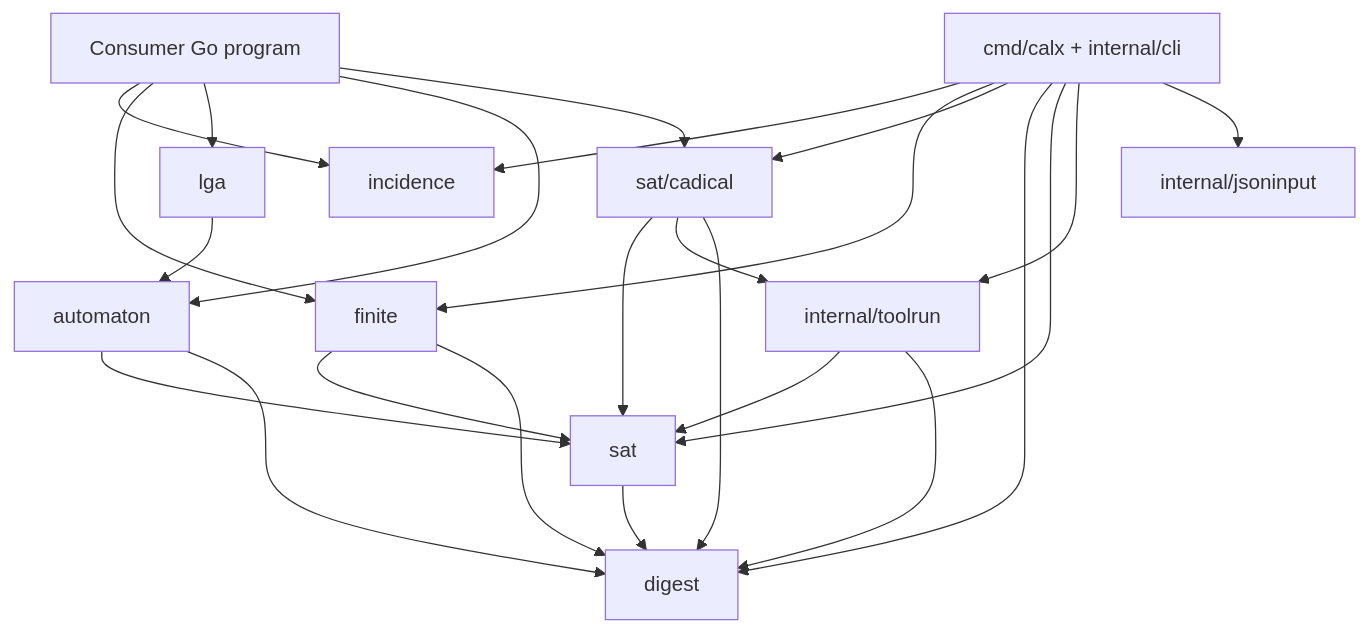
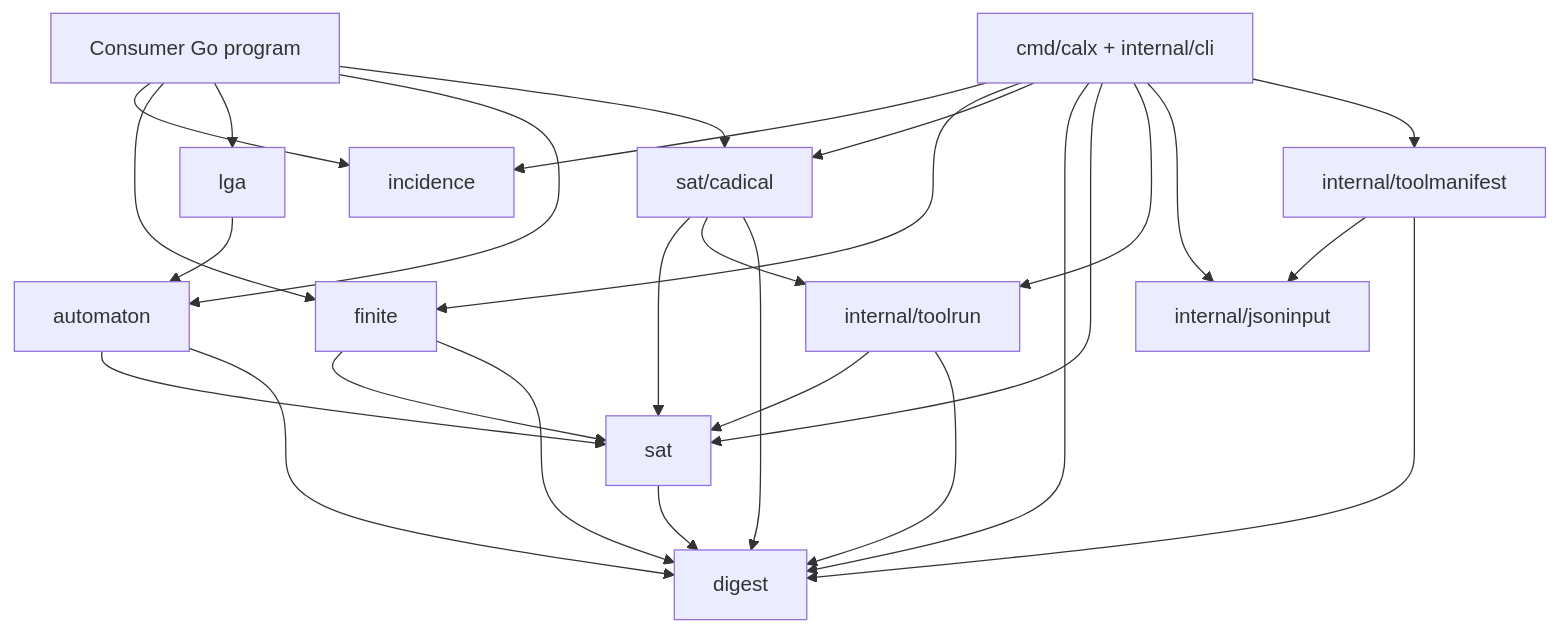
One commit to Yui-Qi-Tang/calx changed the first of 2 diagrams in docs/architecture.md. Above: the diagram before and after it, drawn with Mermaid. The commit also changed other lines of this file and 14 other files, not shown here.

````diff
--- a/docs/architecture.md
+++ b/docs/architecture.md
@@ -17,26 +31,29 @@
 ```mermaid
 flowchart TD
     Consumer["Consumer Go program"] --> Incidence["incidence"]
     Consumer --> Finite["finite"]
     Consumer --> LGA["lga"]
     Consumer --> Automaton["automaton"]
     LGA --> Automaton
     Consumer --> Cadical["sat/cadical"]
     CLI["cmd/calx + internal/cli"] --> Incidence
     CLI --> Finite
     CLI --> Cadical
     Finite --> SAT["sat"]
     Automaton --> SAT
     Cadical --> SAT
     Cadical --> Toolrun["internal/toolrun"]
     Toolrun --> SAT
     SAT --> Digest["digest"]
     Finite --> Digest
     Automaton --> Digest
     Cadical --> Digest
     Toolrun --> Digest
     CLI --> Digest
     CLI --> SAT
     CLI --> Toolrun
     CLI --> JSONInput["internal/jsoninput"]
+    CLI --> Manifest["internal/toolmanifest"]
+    Manifest --> JSONInput
+    Manifest --> Digest
 ```
````
